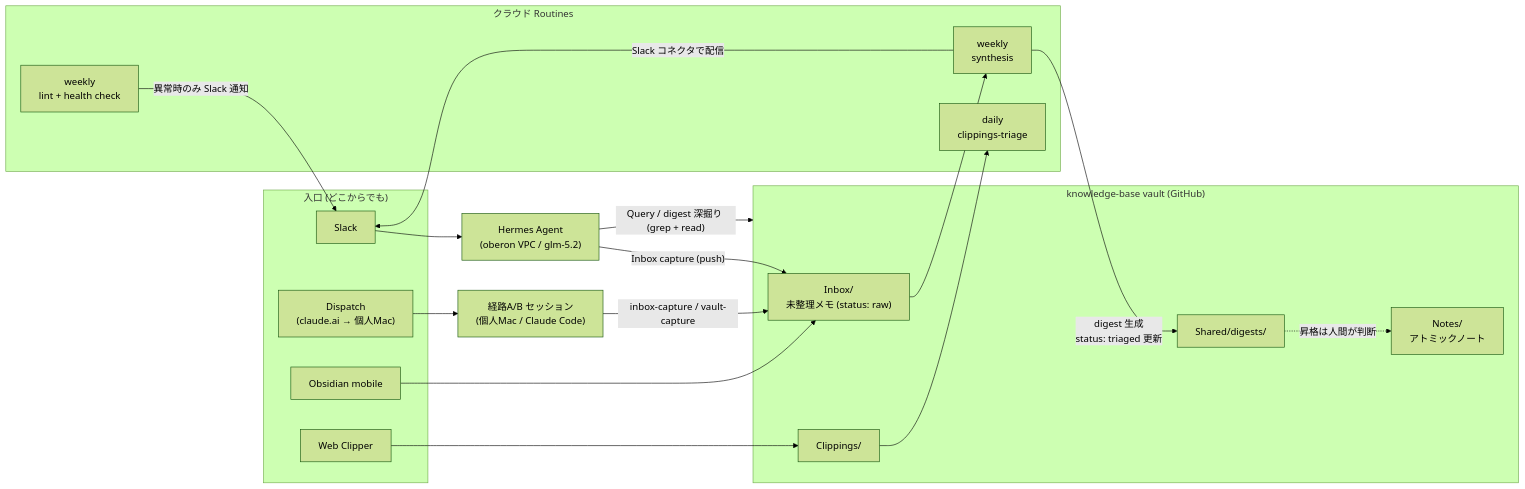
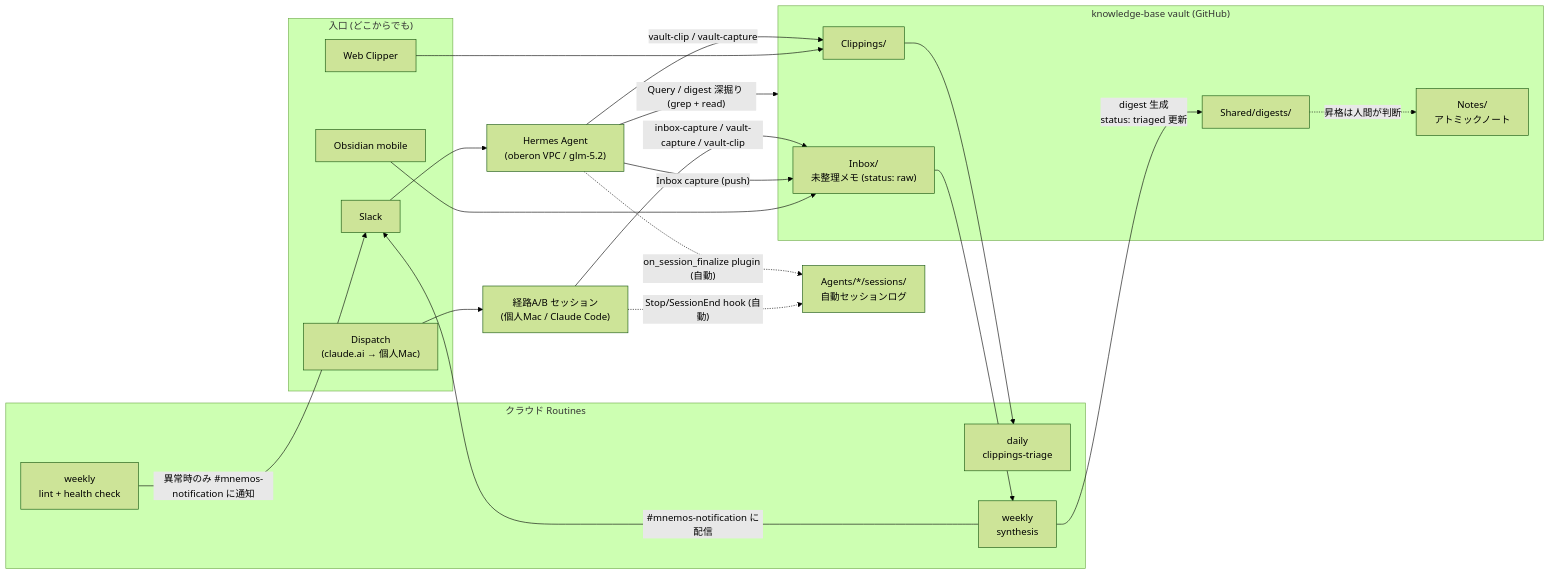
One commit to thinceller/dotfiles changed the diagram in docs/reference/mnemos.md. Above: the diagram before and after it, drawn with Mermaid (forest theme). The commit also changed other lines of this file and 1 other file, not shown here.

First line of the commit message:
docs(mnemos): 全面最新化 (Hermes 正式化・5操作・全体図・トラブルシュート拡充)

````diff
--- a/docs/reference/mnemos.md
+++ b/docs/reference/mnemos.md
@@ -25,41 +25,46 @@
 ```mermaid
 flowchart LR
     subgraph entry["入口 (どこからでも)"]
         SL[Slack]
         DP["Dispatch<br/>(claude.ai → 個人Mac)"]
         OM[Obsidian mobile]
         WC[Web Clipper]
     end
 
     HE["Hermes Agent<br/>(oberon VPC / glm-5.2)"]
     LS["経路A/B セッション<br/>(個人Mac / Claude Code)"]
 
     subgraph vault["knowledge-base vault (GitHub)"]
         IB["Inbox/<br/>未整理メモ (status: raw)"]
         CL[Clippings/]
         NT["Notes/<br/>アトミックノート"]
         DG[Shared/digests/]
     end
 
     subgraph routines["クラウド Routines"]
         TR["daily<br/>clippings-triage"]
         SY["weekly<br/>synthesis"]
         LI["weekly<br/>lint + health check"]
     end
 
+    AG["Agents/*/sessions/<br/>自動セッションログ"]
+
     SL --> HE
     DP --> LS
     OM --> IB
     WC --> CL
     HE -->|"Inbox capture (push)"| IB
-    LS -->|inbox-capture / vault-capture| IB
+    HE -->|"vault-clip / vault-capture"| CL
+    LS -->|inbox-capture / vault-capture / vault-clip| IB
+    LS -.->|"Stop/SessionEnd hook (自動)"| AG
+    HE -.->|"on_session_finalize plugin (自動)"| AG
 
     CL --> TR
     IB --> SY
     SY -->|"digest 生成<br/>status: triaged 更新"| DG
-    SY -->|"Slack コネクタで配信"| SL
-    LI -->|"異常時のみ Slack 通知"| SL
+    SY -->|"#mnemos-notification に配信"| SL
+    LI -->|"異常時のみ #mnemos-notification に通知"| SL
 
     HE -->|"Query / digest 深掘り (grep + read)"| vault
     DG -.->|"昇格は人間が判断"| NT
 ```
````
